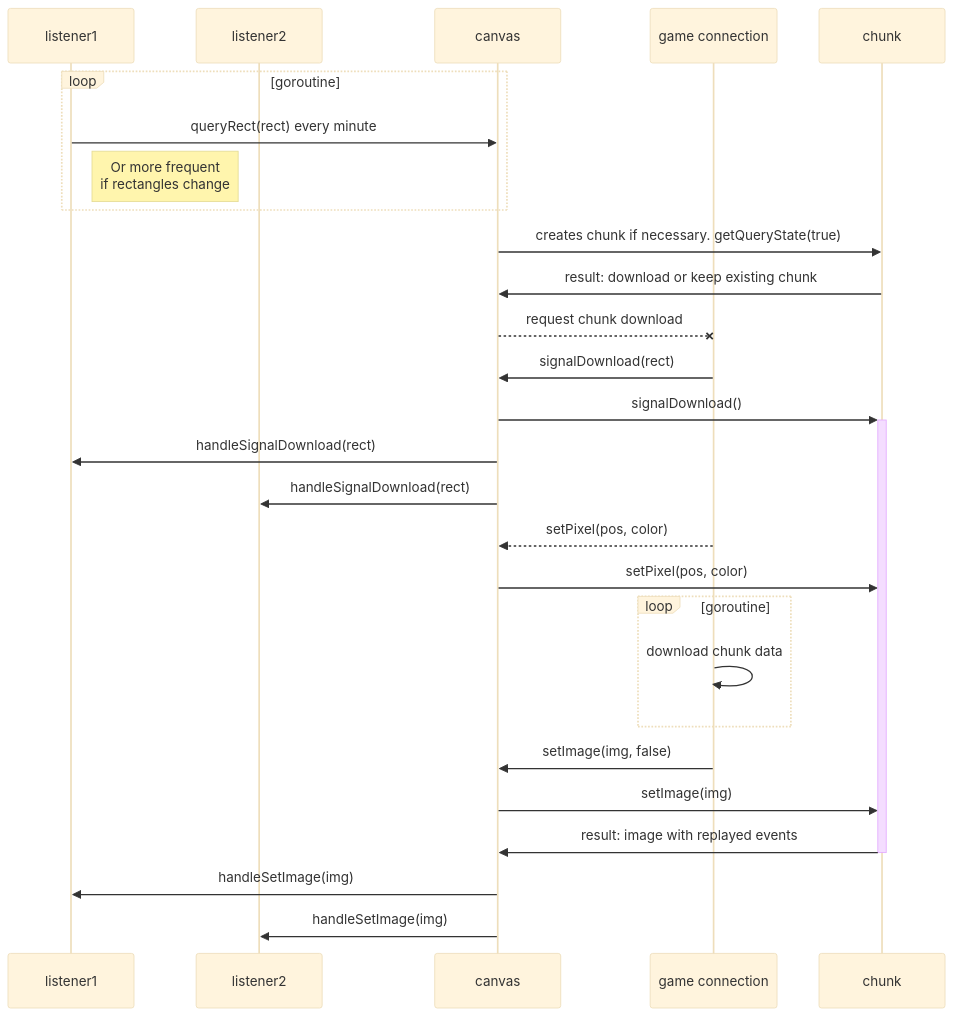
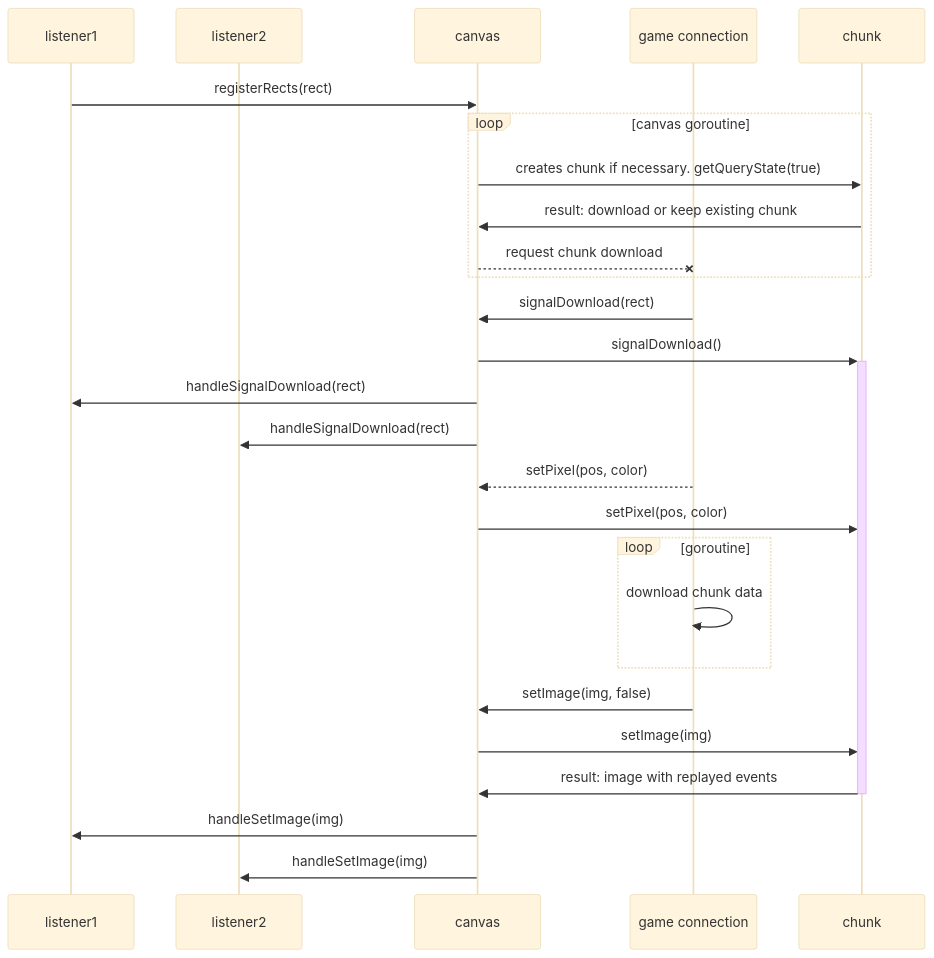
Before and after one commit to Dadido3/D3pixelbot: the diagram in docs/internals.md, drawn with Mermaid (base theme). The commit also changed 8 other files, not shown here.

````diff
--- a/docs/internals.md
+++ b/docs/internals.md
@@ -14,30 +14,30 @@
 ```mermaid
 sequenceDiagram
     participant listener1
     participant listener2
     participant canvas
     participant game connection
     participant chunk
 
-    loop goroutine
-        listener1 ->> canvas: queryRect(rect) every minute
-        note right of listener1: Or more frequent<br>if rectangles change
+    
+    listener1 ->> canvas: registerRects(rect)
+    loop canvas goroutine
+        canvas ->> chunk: creates chunk if necessary. getQueryState(true)
+        chunk ->> canvas: result: download or keep existing chunk
+        canvas --x game connection: request chunk download
     end
-    canvas ->> chunk: creates chunk if necessary. getQueryState(true)
-    chunk ->> canvas: result: download or keep existing chunk
-    canvas --x game connection: request chunk download
     game connection ->> canvas: signalDownload(rect)
     canvas ->> +chunk: signalDownload()
     canvas ->> listener1: handleSignalDownload(rect)
     canvas ->> listener2: handleSignalDownload(rect)
     game connection -->> canvas: setPixel(pos, color)
     canvas ->> chunk: setPixel(pos, color)
     loop goroutine
         game connection->>game connection: download chunk data
     end
     game connection ->> canvas: setImage(img, false)
     canvas ->> chunk: setImage(img)
     chunk ->> -canvas: result: image with replayed events
     canvas ->> listener1: handleSetImage(img)
     canvas ->> listener2: handleSetImage(img)
 ```
````
